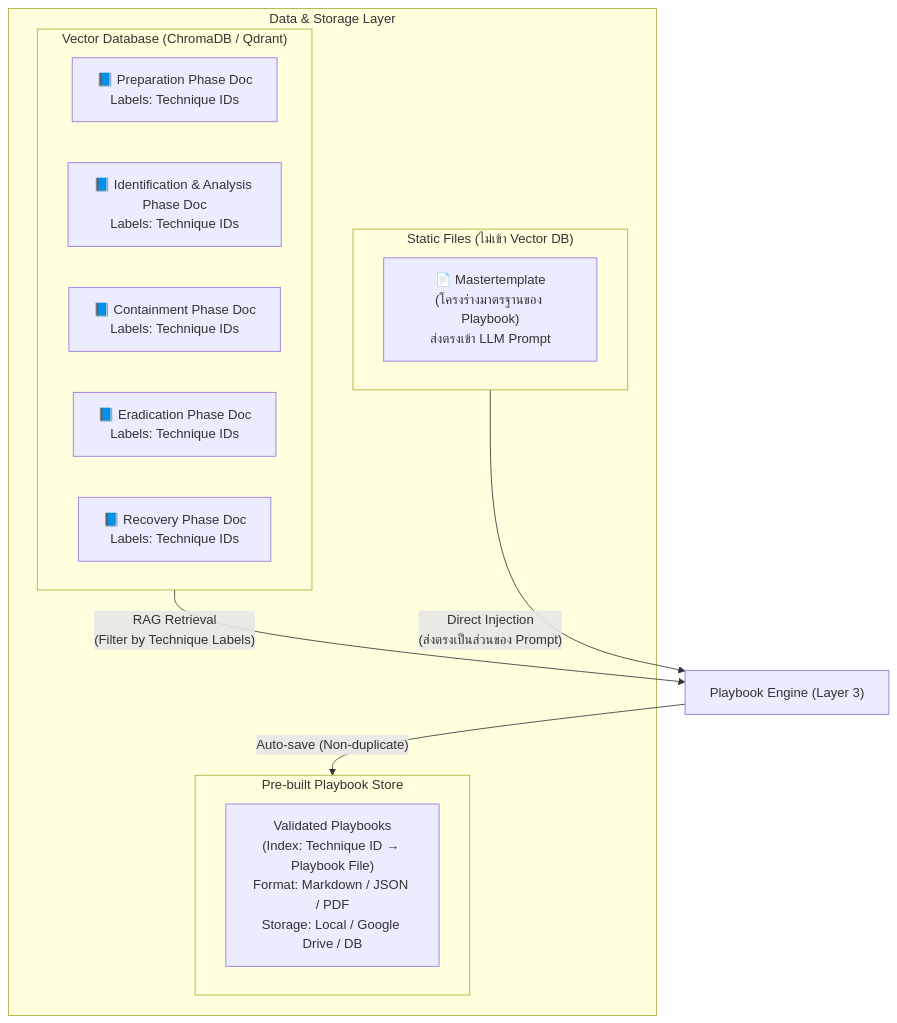
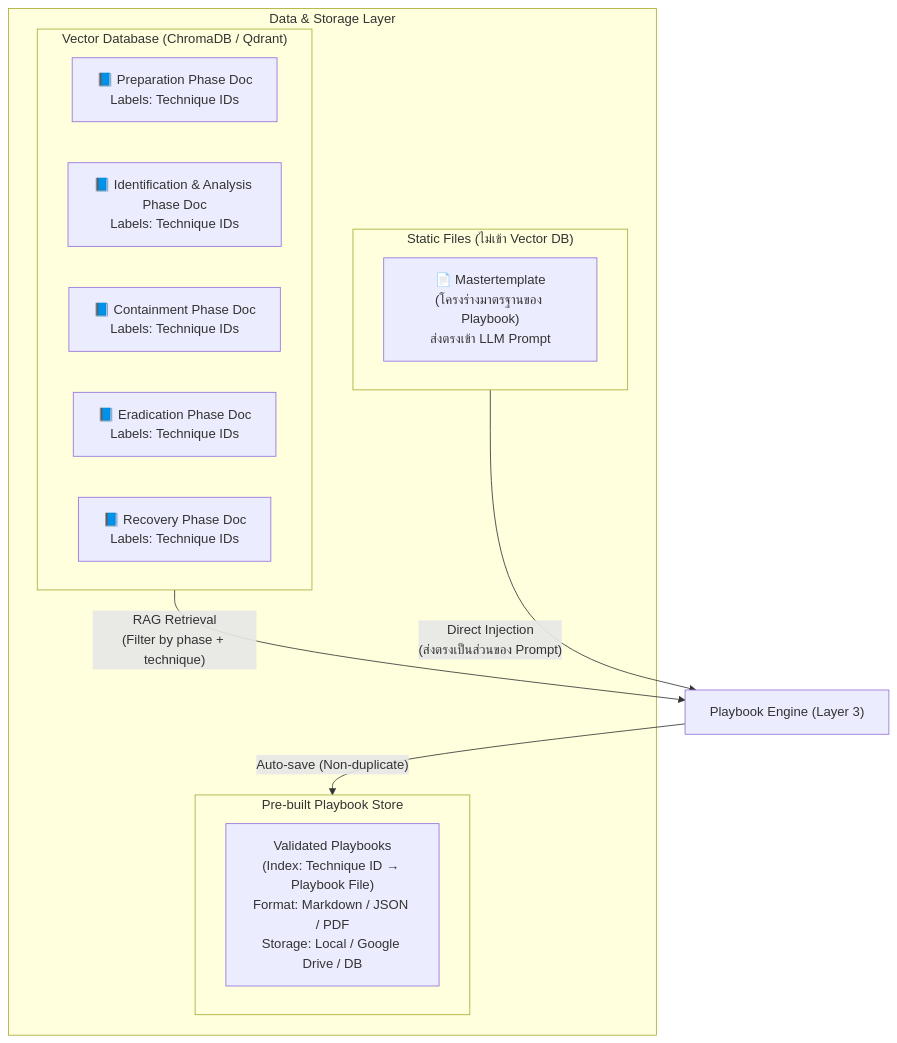
The seventh of 10 diagrams in architecture.md (Chaithawatcer/omnissiah-playbook-workflow), drawn with Mermaid before and after one commit. The commit also changed other lines of this file, not shown here.

Commit message:
Major architecture overhaul: Per-Section Generation Loop, Slot Architecture, Metadata-filtered RAG, Development Roadmap

````diff
--- a/architecture.md
+++ b/architecture.md
@@ -117,21 +220,21 @@
 ```mermaid
 graph TD
     subgraph Storage ["Data & Storage Layer"]
         subgraph vdb ["Vector Database (ChromaDB / Qdrant)"]
             p1["📘 Preparation Phase Doc\nLabels: Technique IDs"]
             p2["📘 Identification & Analysis Phase Doc\nLabels: Technique IDs"]
             p3["📘 Containment Phase Doc\nLabels: Technique IDs"]
             p4["📘 Eradication Phase Doc\nLabels: Technique IDs"]
             p5["📘 Recovery Phase Doc\nLabels: Technique IDs"]
         end
         subgraph static ["Static Files (ไม่เข้า Vector DB)"]
             master["📄 Mastertemplate\n(โครงร่างมาตรฐานของ Playbook)\nส่งตรงเข้า LLM Prompt"]
         end
         subgraph store ["Pre-built Playbook Store"]
             pb["Validated Playbooks\n(Index: Technique ID → Playbook File)\nFormat: Markdown / JSON / PDF\nStorage: Local / Google Drive / DB"]
         end
     end
-    vdb -- "RAG Retrieval\n(Filter by Technique Labels)" --> engine["Playbook Engine (Layer 3)"]
+    vdb -- "RAG Retrieval\n(Filter by phase + technique)" --> engine["Playbook Engine (Layer 3)"]
     static -- "Direct Injection\n(ส่งตรงเป็นส่วนของ Prompt)" --> engine
     engine -- "Auto-save (Non-duplicate)" --> store
 ```
````
